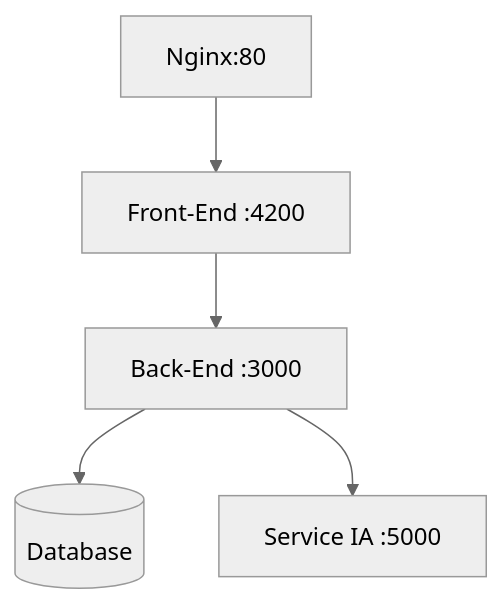
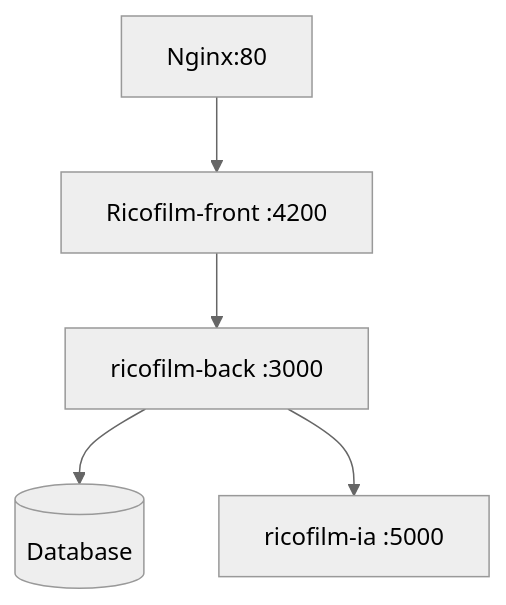
The diagram in README.md (ricohoho/AngularRicofilm), drawn with Mermaid (neutral theme) before and after one commit.

````diff
--- a/README.md
+++ b/README.md
@@ -2,7 +2,7 @@
 ```mermaid
 flowchart
   NginX["Nginx:80"] --> Frontend
-  Frontend["Front-End :4200"] --> Backend["Back-End :3000"]
+  Frontend["Ricofilm-front :4200"] --> Backend["ricofilm-back :3000"]
   Backend --> Database[(Database)]
-  Backend --> AIService["Service IA :5000"]
+  Backend --> AIService["ricofilm-ia :5000"]
 ```
````
